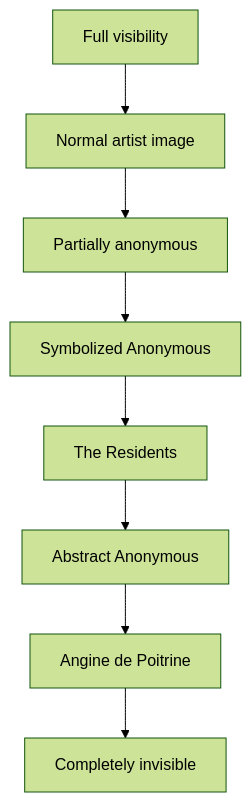
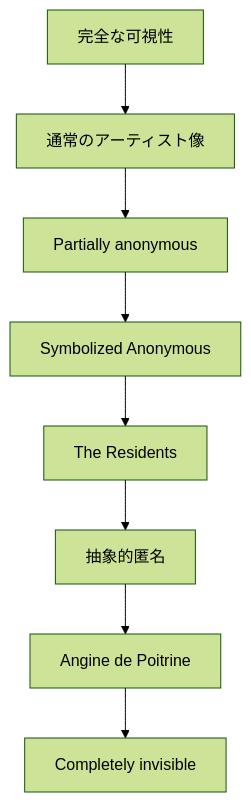
One commit to monumental-movement/monumental-movement.github.io changed diagram 14 of 17 in en/_posts/2026-07-06-column-angine-de-poitrine-the-residents.md. Above: the diagram before and after it, drawn with Mermaid (forest theme). The commit also changed other lines of this file and 1012 other files, not shown here.

```diff
--- a/en/_posts/2026-07-06-column-angine-de-poitrine-the-residents.md
+++ b/en/_posts/2026-07-06-column-angine-de-poitrine-the-residents.md
@@ -1458,14 +1458,14 @@
 <div class="mermaid">
 flowchart TD
 
-A["Full visibility"]
-B["Normal artist image"]
+A["完全な可視性"]
+B["通常のアーティスト像"]
 C["Partially anonymous"]
 D["Symbolized Anonymous"]
 E["The Residents"]
-F["Abstract Anonymous"]
+F["抽象的匿名"]
 G["Angine de Poitrine"]
 H["Completely invisible"]
 
 A --> B --> C --> D --> E --> F --> G --> H
 </div>
```
